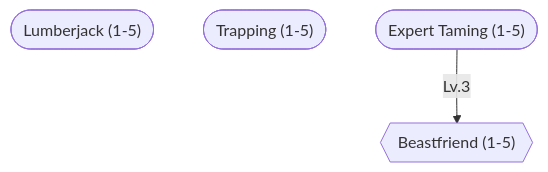
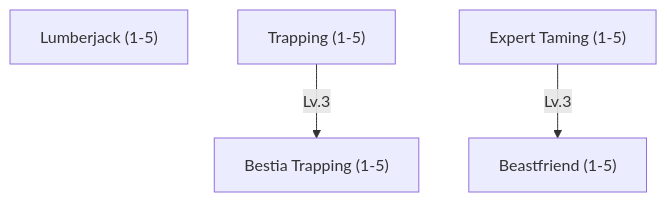
The seventh of 14 diagrams in content/docs/mechanics/master.md (tfelix/bestia-docs), drawn with Mermaid before and after one commit. The commit also changed other lines of this file and 1 other file, not shown here.

````diff
--- a/content/docs/mechanics/master.md
+++ b/content/docs/mechanics/master.md
@@ -367,9 +515,11 @@
 ```mermaid
 graph TD
-    Lumberjack(["Lumberjack (1-5)"])
-    Trapping(["Trapping (1-5)"])
-    ExpertTaming(["Expert Taming (1-5)"])
-    Beastfriend{{"Beastfriend (1-5)"}}
+    Lumberjack["Lumberjack (1-5)"]
+    Trapping["Trapping (1-5)"]
+    BestiaTrapping["Bestia Trapping (1-5)"]
+    ExpertTaming["Expert Taming (1-5)"]
+    Beastfriend["Beastfriend (1-5)"]
 
+    Trapping -->|Lv.3| BestiaTrapping
     ExpertTaming -->|Lv.3| Beastfriend
 ```
````
